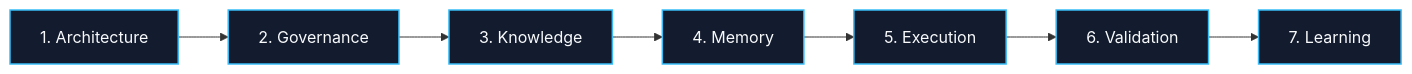
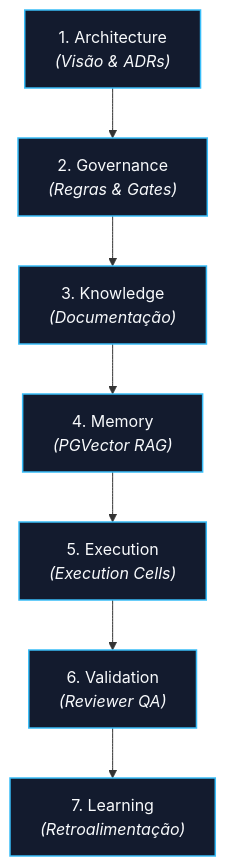
Before and after one commit to EnterDufter/PromptCoreLabs_AEOS: the first of 5 diagrams in governance/operating-model.md, drawn with Mermaid. The commit also changed other lines of this file and 1 other file, not shown here.

````diff
--- a/governance/operating-model.md
+++ b/governance/operating-model.md
@@ -50,11 +50,11 @@
 ```mermaid
-graph LR
+graph TD
     classDef step fill:#131b2e,stroke:#38bdf8,stroke-width:1.5px,color:#f8fafc;
     
-    A["1. Architecture"]:::step --> B["2. Governance"]:::step
-    B --> C["3. Knowledge"]:::step
-    C --> D["4. Memory"]:::step
-    D --> E["5. Execution"]:::step
-    E --> F["6. Validation"]:::step
-    F --> G["7. Learning"]:::step
+    A["1. Architecture<br/><i>(Visão & ADRs)</i>"]:::step --> B["2. Governance<br/><i>(Regras & Gates)</i>"]:::step
+    B --> C["3. Knowledge<br/><i>(Documentação)</i>"]:::step
+    C --> D["4. Memory<br/><i>(PGVector RAG)</i>"]:::step
+    D --> E["5. Execution<br/><i>(Execution Cells)</i>"]:::step
+    E --> F["6. Validation<br/><i>(Reviewer QA)</i>"]:::step
+    F --> G["7. Learning<br/><i>(Retroalimentação)</i>"]:::step
 ```
````
